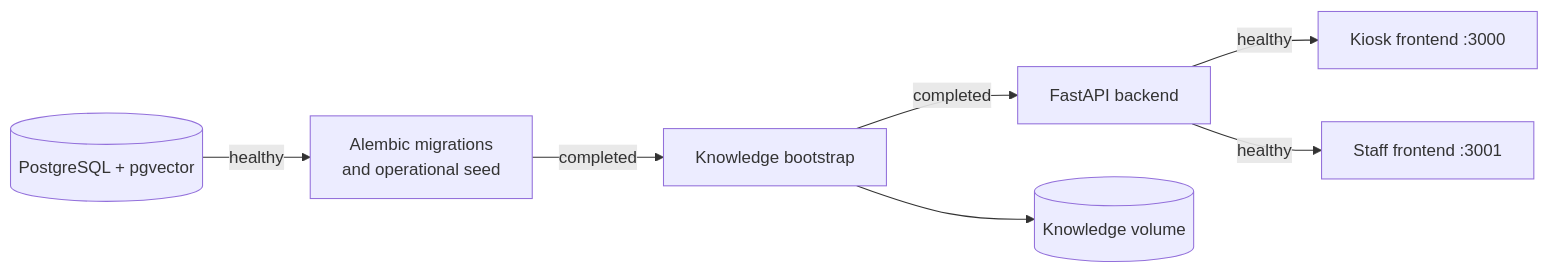
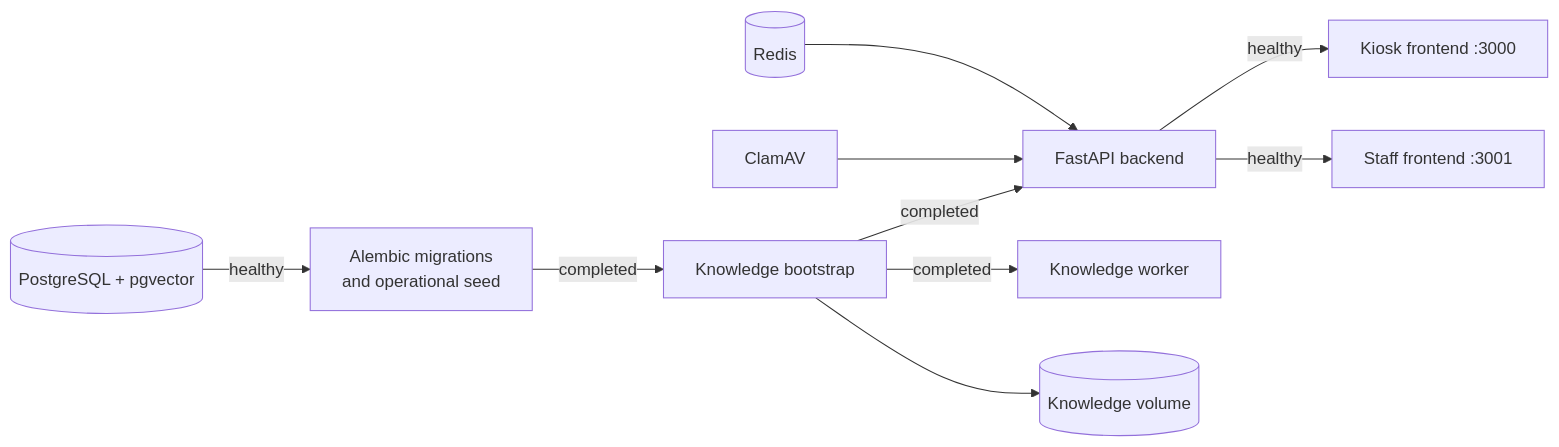
Before and after one commit to ChristianMendozaa/banking-orchestration-system: the second of 6 diagrams in README.md, drawn with Mermaid. The commit also changed other lines of this file and 68 other files, not shown here.

````diff
--- a/README.md
+++ b/README.md
@@ -86,9 +89,12 @@
 ```mermaid
 flowchart LR
     DB[(PostgreSQL + pgvector)] -->|healthy| Migrate[Alembic migrations<br/>and operational seed]
+    Redis[(Redis)] --> API
+    Scanner[ClamAV] --> API
     Migrate -->|completed| Bootstrap[Knowledge bootstrap]
     Bootstrap -->|completed| API[FastAPI backend]
+    Bootstrap -->|completed| Worker[Knowledge worker]
     API -->|healthy| Kiosk[Kiosk frontend :3000]
     API -->|healthy| Staff[Staff frontend :3001]
     Bootstrap --> Volume[(Knowledge volume)]
 ```
````
